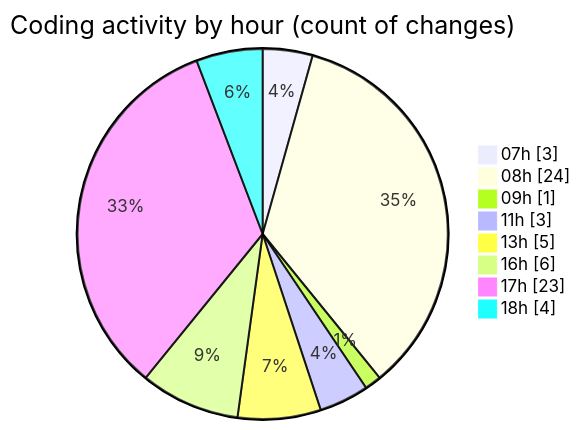
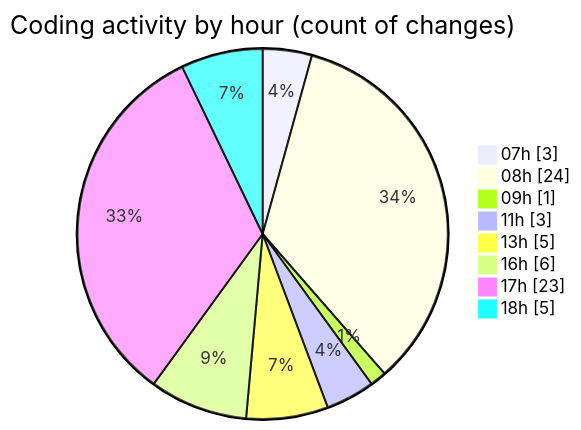
Before and after one commit to becaeroporto-bot/code-tracking: the second of 2 diagrams in 2026-02-20/bot_i_a/README.md, drawn with Mermaid. The commit also changed other lines of this file and 1 other file, not shown here.

````diff
--- a/2026-02-20/bot_i_a/README.md
+++ b/2026-02-20/bot_i_a/README.md
@@ -53,12 +53,12 @@
 ```mermaid
 pie showData
 title Coding activity by hour (count of changes)
 "07h" : 3
 "08h" : 24
 "09h" : 1
 "11h" : 3
 "13h" : 5
 "16h" : 6
 "17h" : 23
-"18h" : 4
+"18h" : 5
 ```
````
